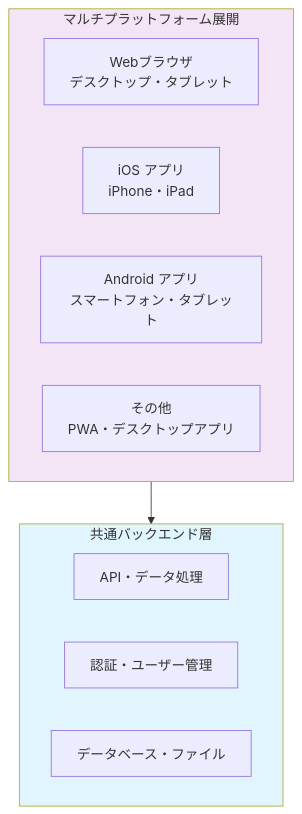
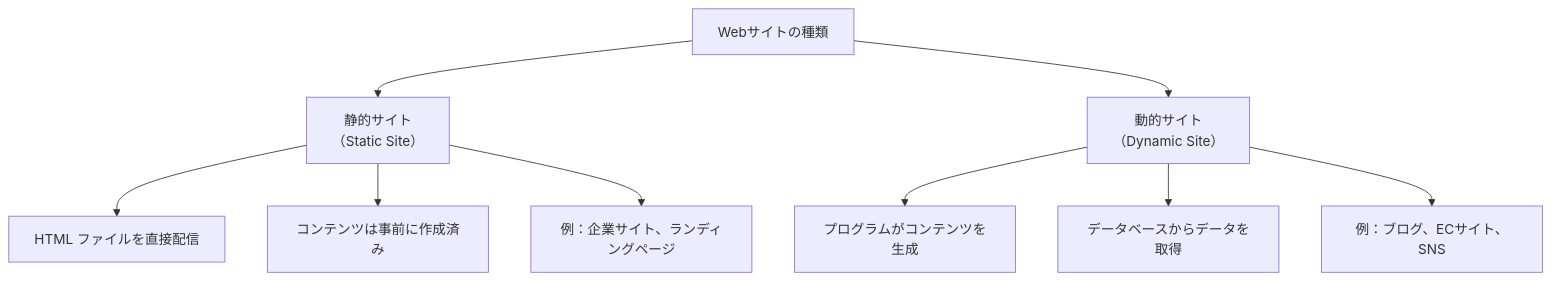
The fifth of 6 diagrams in docs/04_Web実践活用/01_推奨_フロントエンドとバックエンドの詳細.md (Monzi-takuya/web-fundamentals-for-non-engineers), drawn with Mermaid before and after one commit. The commit also changed other lines of this file and 11 other files, not shown here.

````diff
--- a/docs/04_Web実践活用/01_推奨_フロントエンドとバックエンドの詳細.md
+++ b/docs/04_Web実践活用/01_推奨_フロントエンドとバックエンドの詳細.md
@@ -384,20 +251,13 @@
 ```mermaid
 flowchart TD
-    subgraph API["共通バックエンド層"]
-        A1["API・データ処理"]
-        A2["認証・ユーザー管理"]
-        A3["データベース・ファイル"]
-    end
+    A["Webサイトの種類"] --> B["静的サイト<br/>（Static Site）"]
+    A --> C["動的サイト<br/>（Dynamic Site）"]
     
-    subgraph Clients["マルチプラットフォーム展開"]
-        B1["Webブラウザ<br/>デスクトップ・タブレット"]
-        B2["iOS アプリ<br/>iPhone・iPad"]
-        B3["Android アプリ<br/>スマートフォン・タブレット"]
-        B4["その他<br/>PWA・デスクトップアプリ"]
-    end
+    B --> B1["HTML ファイルを直接配信"]
+    B --> B2["コンテンツは事前に作成済み"]
+    B --> B3["例：企業サイト、ランディングページ"]
     
-    Clients --> API
-    
-    style API fill:#e1f5fe
-    style Clients fill:#f3e5f5
+    C --> C1["プログラムがコンテンツを生成"]
+    C --> C2["データベースからデータを取得"]
+    C --> C3["例：ブログ、ECサイト、SNS"]
 ```
````
